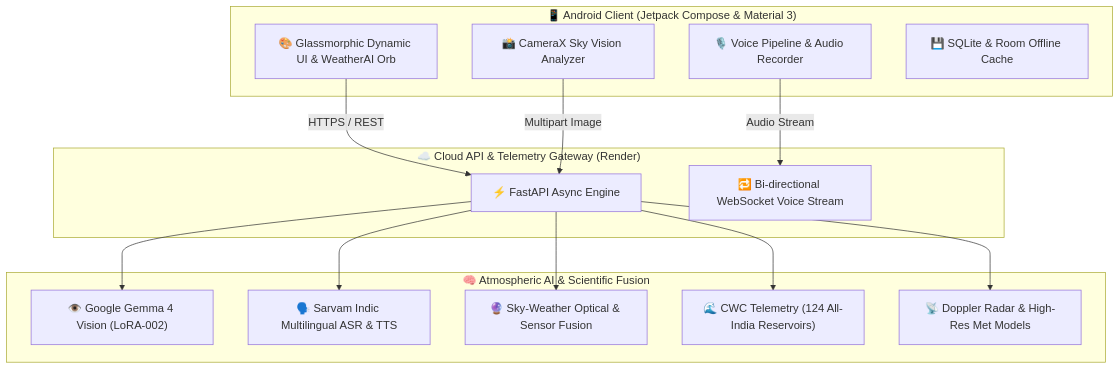
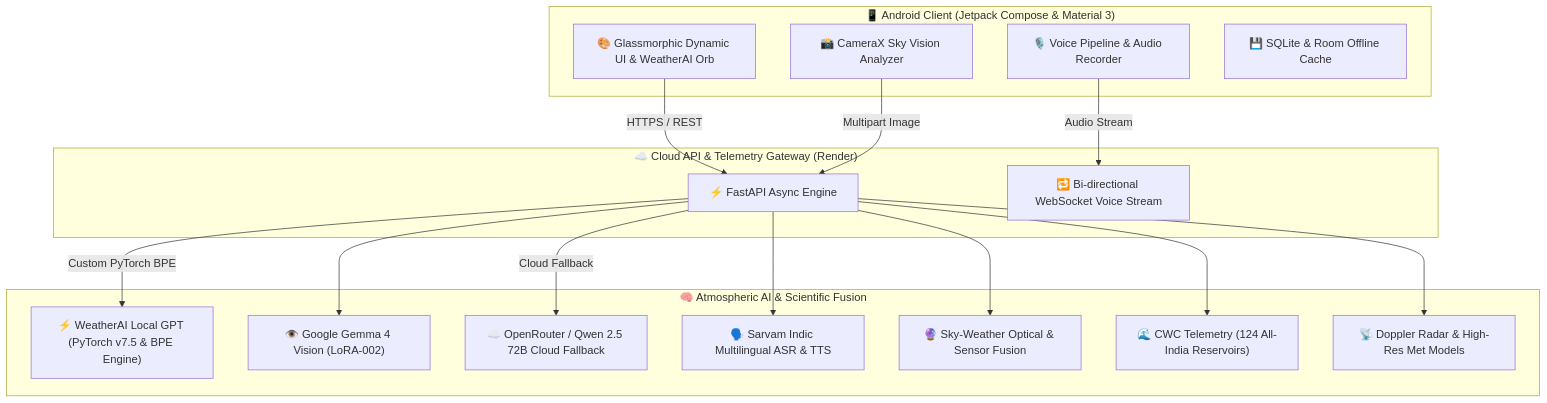
The diagram in README.md (Ismit-06/Weather_GPT), drawn with Mermaid before and after one commit. The commit also changed other lines of this file and 11 other files, not shown here.

Commit message:
feat: Add local WeatherAI LLM integration and update architectural blueprint

````diff
--- a/README.md
+++ b/README.md
@@ -96,31 +96,35 @@
 ```mermaid
 graph TD
     subgraph EdgeClient ["📱 Android Client (Jetpack Compose & Material 3)"]
         UI["🎨 Glassmorphic Dynamic UI & WeatherAI Orb"]
         Cam["📸 CameraX Sky Vision Analyzer"]
         Audio["🎙️ Voice Pipeline & Audio Recorder"]
         Cache["💾 SQLite & Room Offline Cache"]
     end
 
     subgraph Gateway ["☁️ Cloud API & Telemetry Gateway (Render)"]
         FastAPI["⚡ FastAPI Async Engine"]
         WS["🔁 Bi-directional WebSocket Voice Stream"]
     end
 
     subgraph Intelligence ["🧠 Atmospheric AI & Scientific Fusion"]
+        WeatherAI["⚡ WeatherAI Local GPT (PyTorch v7.5 & BPE Engine)"]
         Gemma["👁️ Google Gemma 4 Vision (LoRA-002)"]
+        OpenRouter["☁️ OpenRouter / Qwen 2.5 72B Cloud Fallback"]
         Sarvam["🗣️ Sarvam Indic Multilingual ASR & TTS"]
         Fusion["🔮 Sky-Weather Optical & Sensor Fusion"]
         CWC["🌊 CWC Telemetry (124 All-India Reservoirs)"]
         Doppler["📡 Doppler Radar & High-Res Met Models"]
     end
 
     UI -->|HTTPS / REST| FastAPI
     Cam -->|Multipart Image| FastAPI
     Audio -->|Audio Stream| WS
+    FastAPI -->|Custom PyTorch BPE| WeatherAI
+    FastAPI -->|Cloud Fallback| OpenRouter
     FastAPI --> Gemma
     FastAPI --> Sarvam
     FastAPI --> Fusion
     FastAPI --> CWC
     FastAPI --> Doppler
 ```
````
